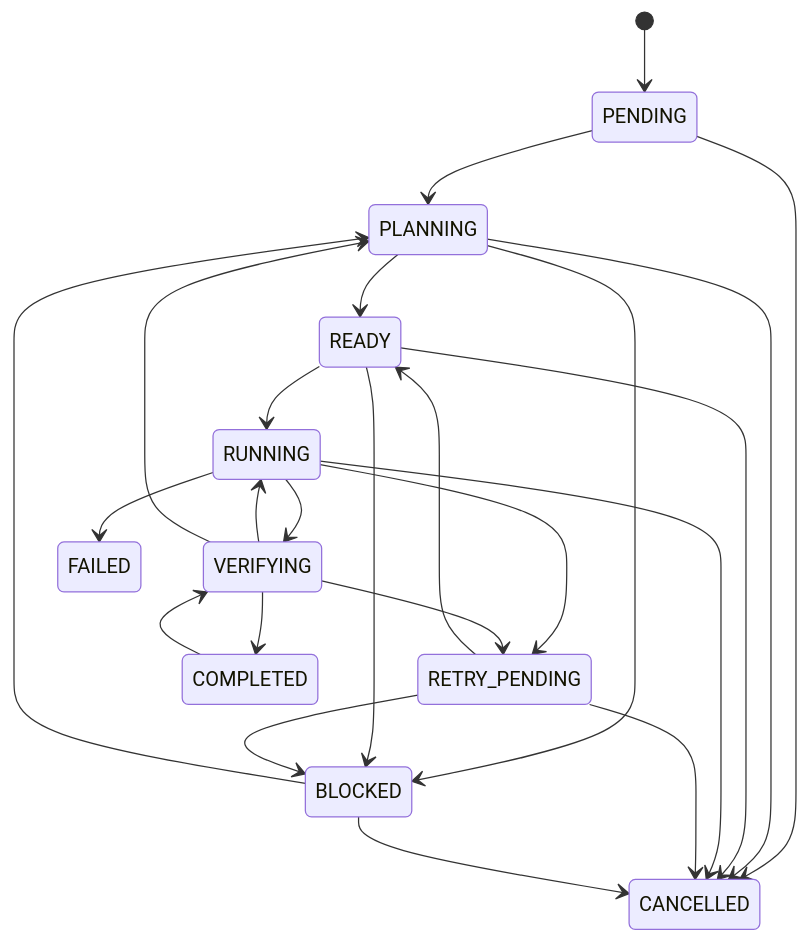
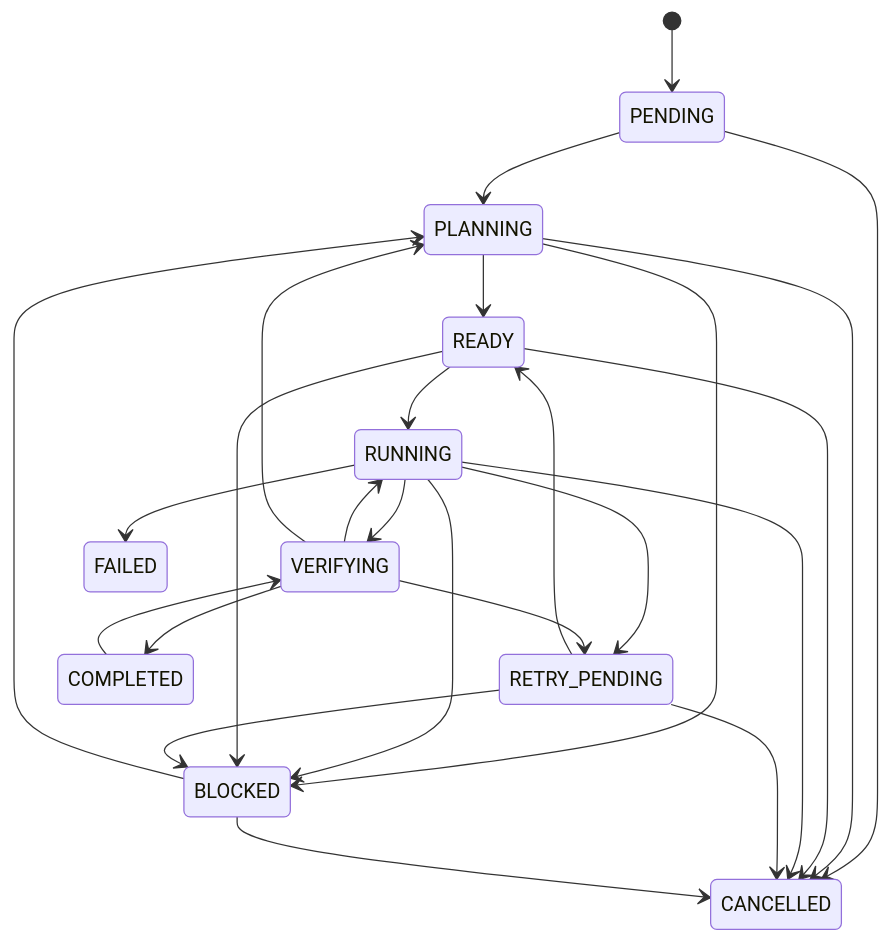
The diagram in docs/architecture/maquina-estados.md (HidekiNishida/Callidus), drawn with Mermaid before and after one commit. The commit also changed 10 other files, not shown here.

````diff
--- a/docs/architecture/maquina-estados.md
+++ b/docs/architecture/maquina-estados.md
@@ -20,26 +20,27 @@
 ```mermaid
 stateDiagram-v2
   [*] --> PENDING
   PENDING --> PLANNING
   PLANNING --> READY
   PLANNING --> BLOCKED
   READY --> RUNNING
   RUNNING --> VERIFYING
   RUNNING --> RETRY_PENDING
   RUNNING --> FAILED
+  RUNNING --> BLOCKED
   VERIFYING --> COMPLETED
   VERIFYING --> RETRY_PENDING
   VERIFYING --> RUNNING
   VERIFYING --> PLANNING
   COMPLETED --> VERIFYING
   READY --> BLOCKED
   RETRY_PENDING --> READY
   RETRY_PENDING --> BLOCKED
   PENDING --> CANCELLED
   PLANNING --> CANCELLED
   READY --> CANCELLED
   RUNNING --> CANCELLED
   RETRY_PENDING --> CANCELLED
   BLOCKED --> PLANNING
   BLOCKED --> CANCELLED
 ```
````
